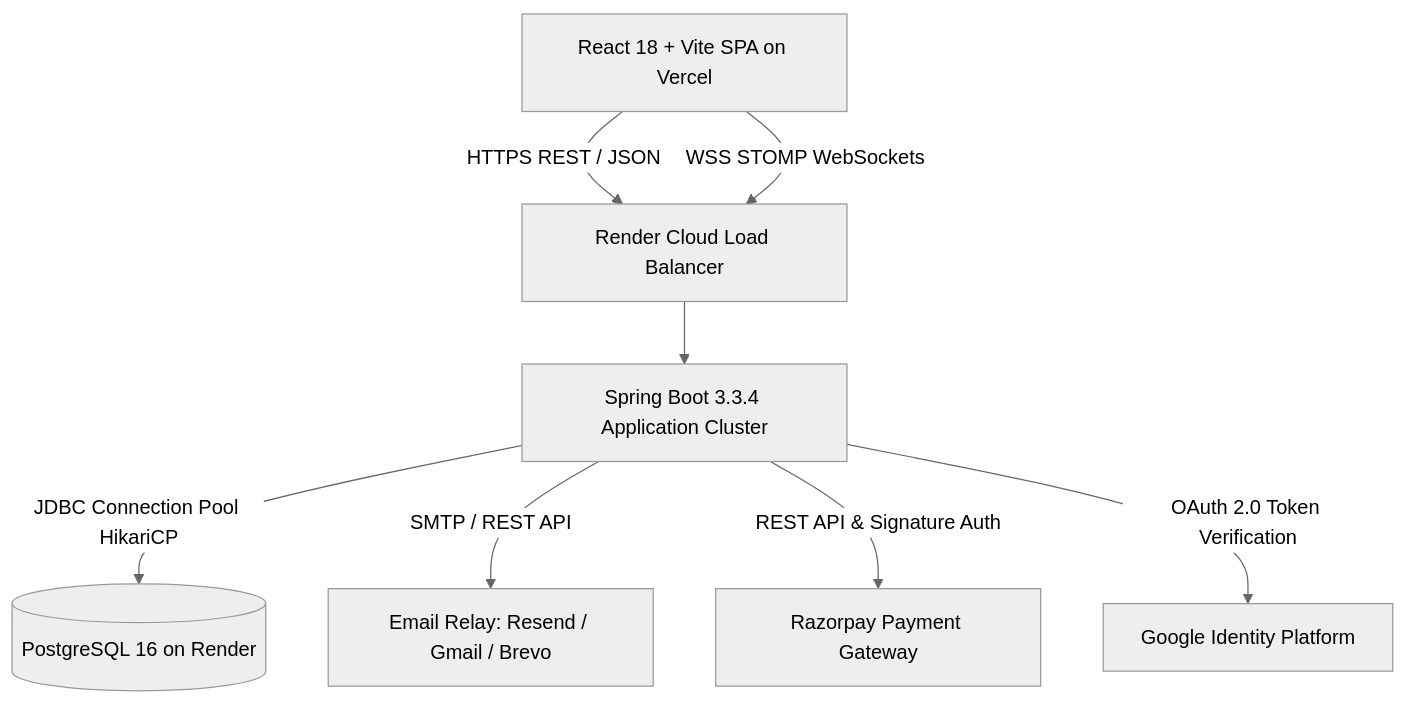
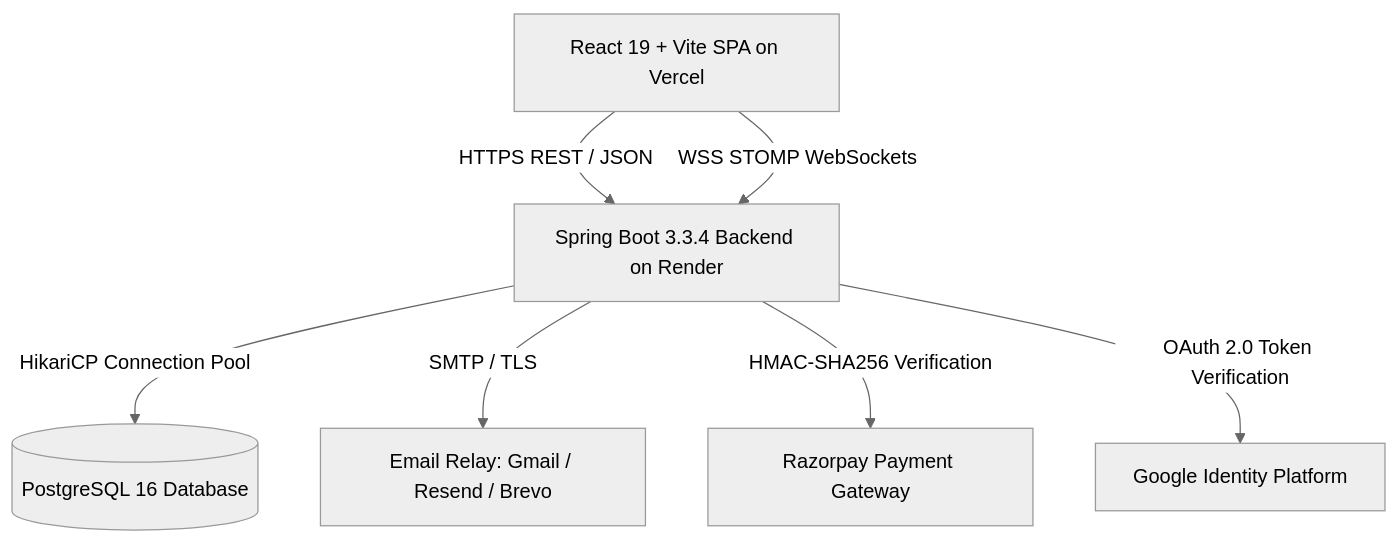
The first of 3 diagrams in ARCHITECTURE.md (Milindverma24/Last_mile_tracker_vitb), drawn with Mermaid (neutral theme) before and after one commit. The commit also changed other lines of this file and 2 other files, not shown here.

Commit message:
docs: update project documentation, cleanup README screenshots, and rename design file to ARCHITECTURE.md

````diff
--- a/ARCHITECTURE.md
+++ b/ARCHITECTURE.md
@@ -16,10 +23,9 @@
 ```mermaid
 graph TD
-    Client[React 18 + Vite SPA on Vercel] -->|HTTPS REST / JSON| LB[Render Cloud Load Balancer]
-    Client -->|WSS STOMP WebSockets| LB
-    LB --> Backend[Spring Boot 3.3.4 Application Cluster]
-    Backend -->|JDBC Connection Pool HikariCP| DB[(PostgreSQL 16 on Render)]
-    Backend -->|SMTP / REST API| Email[Email Relay: Resend / Gmail / Brevo]
-    Backend -->|REST API & Signature Auth| Razorpay[Razorpay Payment Gateway]
-    Backend -->|OAuth 2.0 Token Verification| Google[Google Identity Platform]
+    Client[React 19 + Vite SPA on Vercel] -->|HTTPS REST / JSON| Server[Spring Boot 3.3.4 Backend on Render]
+    Client -->|WSS STOMP WebSockets| Server
+    Server -->|HikariCP Connection Pool| DB[(PostgreSQL 16 Database)]
+    Server -->|SMTP / TLS| Email[Email Relay: Gmail / Resend / Brevo]
+    Server -->|HMAC-SHA256 Verification| Razorpay[Razorpay Payment Gateway]
+    Server -->|OAuth 2.0 Token Verification| Google[Google Identity Platform]
 ```
````
